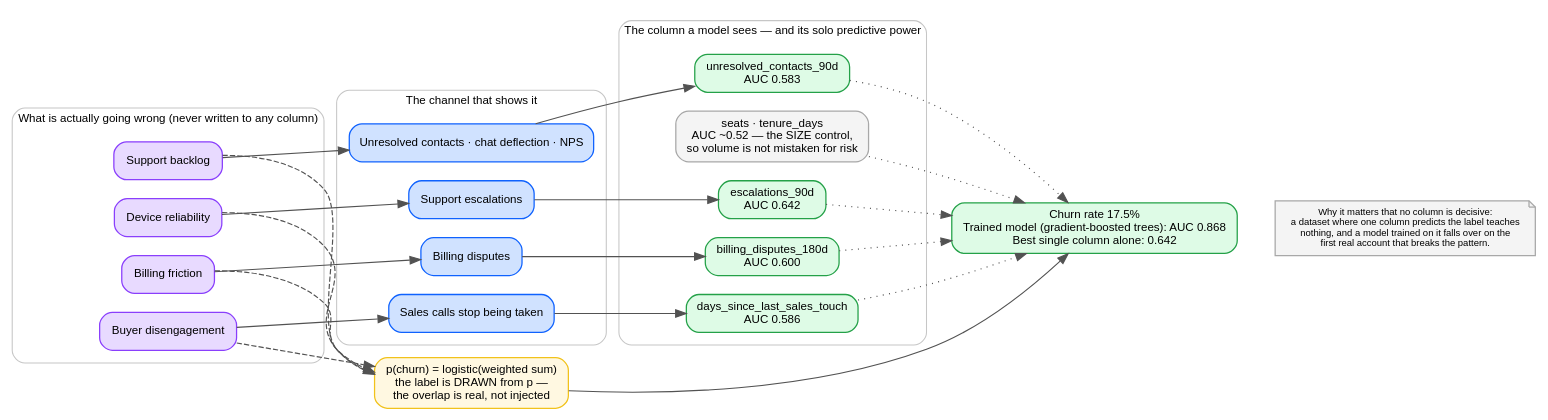
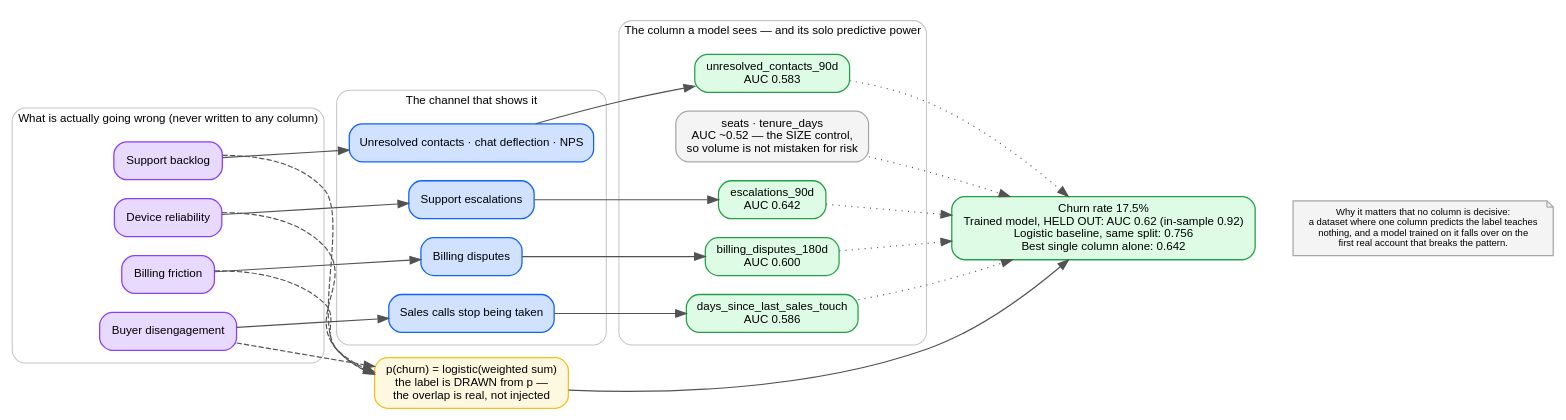
One commit to oramasearch/zetta changed the diagram in docs/reports/results/diagrams/motive-dataset-signal.dot. Above: the diagram before and after it, drawn with Graphviz. The commit also changed 6 other files, not shown here.

```diff
--- a/docs/reports/results/diagrams/motive-dataset-signal.dot
+++ b/docs/reports/results/diagrams/motive-dataset-signal.dot
@@ -1,67 +1,67 @@
 // How the stand-in dataset carries a churn signal that is real but not trivial.
 //
 // Generated source for motive-dataset-signal.svg. Render with:
 //   dot -Tsvg motive-dataset-signal.dot -o motive-dataset-signal.svg
 //
 // The point of the picture: four independent troubles, each read by a DIFFERENT
 // channel, combining into a probability the label is drawn from. No single column
 // predicts churn, which is what makes the model's job real.
 digraph motive_signal {
   rankdir=LR;
   bgcolor="white";
   fontname="IBM Plex Sans,Helvetica,Arial,sans-serif";
   node [fontname="IBM Plex Sans,Helvetica,Arial,sans-serif", fontsize=11,
         shape=box, style="rounded,filled", penwidth=1.2, margin="0.16,0.09"];
   edge [fontname="IBM Plex Sans,Helvetica,Arial,sans-serif", fontsize=9,
         color="#525252", penwidth=1.1];
 
   subgraph cluster_latent {
     label="What is actually going wrong (never written to any column)";
     fontsize=11; color="#c6c6c6"; style="rounded"; margin=12;
     r [label="Device reliability", fillcolor="#e8daff", color="#8a3ffc"];
     b [label="Billing friction", fillcolor="#e8daff", color="#8a3ffc"];
     q [label="Buyer disengagement", fillcolor="#e8daff", color="#8a3ffc"];
     k [label="Support backlog", fillcolor="#e8daff", color="#8a3ffc"];
   }
 
   subgraph cluster_channel {
     label="The channel that shows it";
     fontsize=11; color="#c6c6c6"; style="rounded"; margin=12;
     cr [label="Support escalations", fillcolor="#d0e2ff", color="#0f62fe"];
     cb [label="Billing disputes", fillcolor="#d0e2ff", color="#0f62fe"];
     cq [label="Sales calls stop being taken", fillcolor="#d0e2ff", color="#0f62fe"];
     ck [label="Unresolved contacts · chat deflection · NPS", fillcolor="#d0e2ff", color="#0f62fe"];
   }
 
   subgraph cluster_feature {
     label="The column a model sees — and its solo predictive power";
     fontsize=11; color="#c6c6c6"; style="rounded"; margin=12;
     fr [label="escalations_90d\nAUC 0.642", fillcolor="#defbe6", color="#24a148"];
     fb [label="billing_disputes_180d\nAUC 0.600", fillcolor="#defbe6", color="#24a148"];
     fq [label="days_since_last_sales_touch\nAUC 0.586", fillcolor="#defbe6", color="#24a148"];
     fk [label="unresolved_contacts_90d\nAUC 0.583", fillcolor="#defbe6", color="#24a148"];
     fs [label="seats · tenure_days\nAUC ~0.52 — the SIZE control,\nso volume is not mistaken for risk",
         fillcolor="#f4f4f4", color="#a8a8a8"];
   }
 
   label_node [label="p(churn) = logistic(weighted sum)\nthe label is DRAWN from p —\nthe overlap is real, not injected",
               shape=box, fillcolor="#fff8e1", color="#f1c21b", fontsize=11];
-  outcome [label="Churn rate 17.5%\nTrained model (gradient-boosted trees): AUC 0.868\nBest single column alone: 0.642",
+  outcome [label="Churn rate 17.5%\nTrained model, HELD OUT: AUC 0.62 (in-sample 0.92)\nLogistic baseline, same split: 0.756\nBest single column alone: 0.642",
            shape=box, fillcolor="#defbe6", color="#24a148", fontsize=11];
 
   r -> cr -> fr;
   b -> cb -> fb;
   q -> cq -> fq;
   k -> ck -> fk;
 
   r -> label_node [style=dashed]; b -> label_node [style=dashed];
   q -> label_node [style=dashed]; k -> label_node [style=dashed];
   label_node -> outcome;
   fr -> outcome [style=dotted]; fb -> outcome [style=dotted];
   fq -> outcome [style=dotted]; fk -> outcome [style=dotted];
   fs -> outcome [style=dotted];
 
   note [label="Why it matters that no column is decisive:\na dataset where one column predicts the label teaches\nnothing, and a model trained on it falls over on the\nfirst real account that breaks the pattern.",
         shape=note, fillcolor="#f4f4f4", color="#a8a8a8", fontsize=9];
   outcome -> note [style=invis];
 }
```
